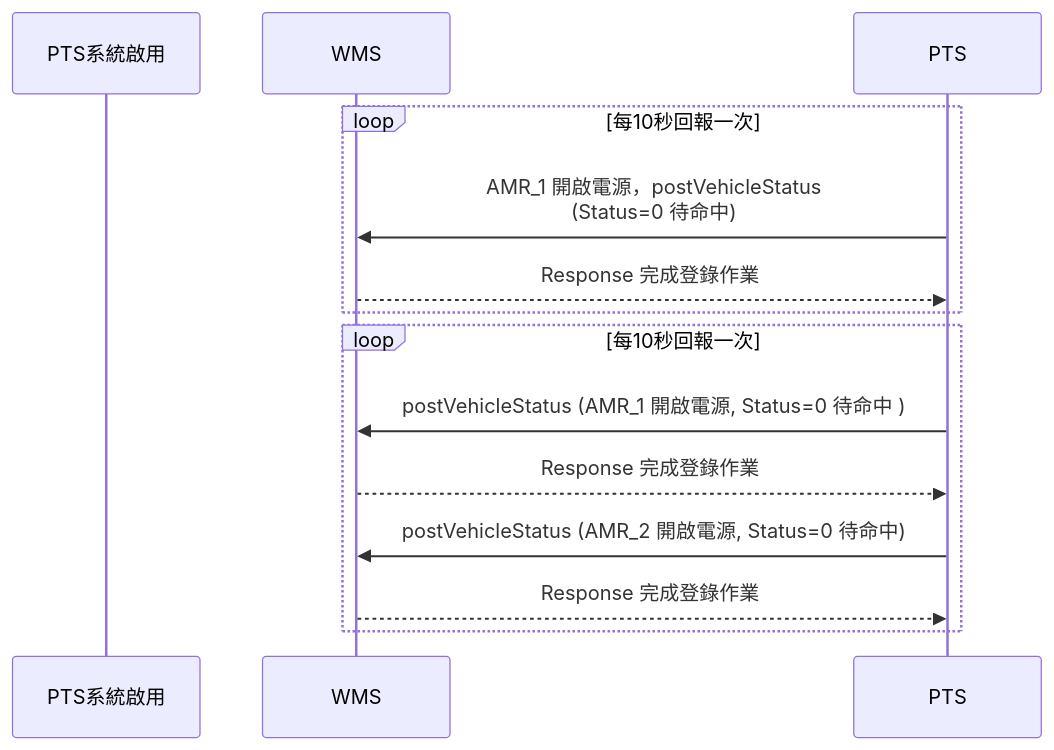
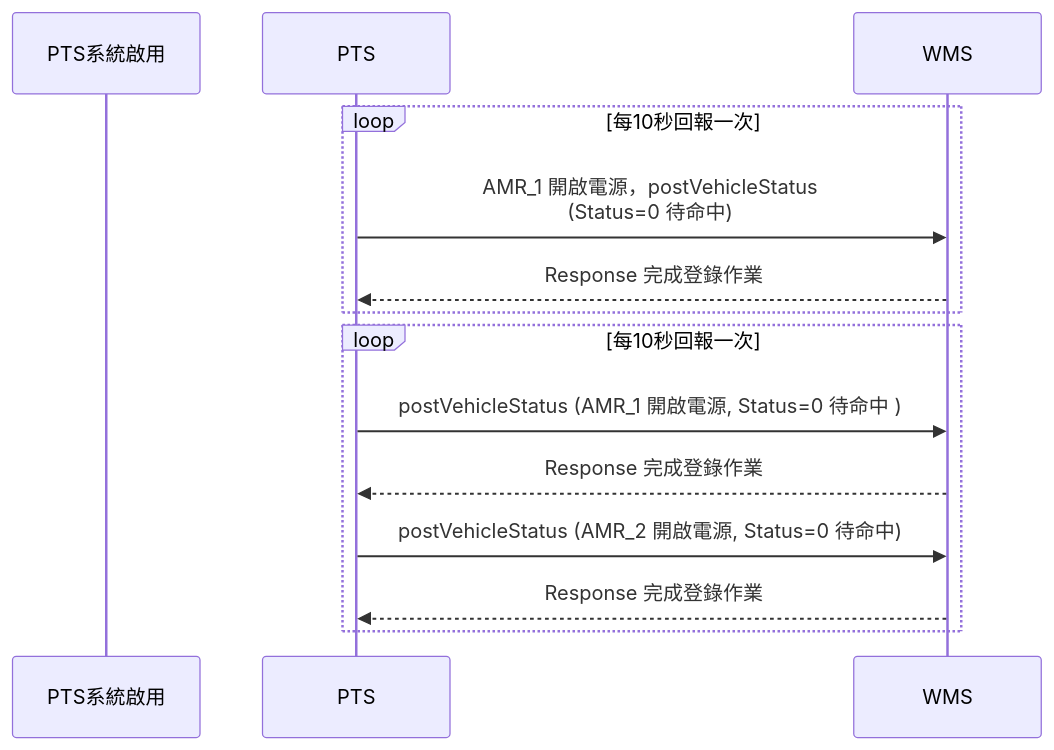
One commit to athena-tircgo/amr-wms-lsj changed the fifth of 5 diagrams in README.md. Above: the diagram before and after it, drawn with Mermaid.

````diff
--- a/README.md
+++ b/README.md
@@ -305,17 +305,18 @@
 ```mermaid
 sequenceDiagram
     participant PTS系統啟用
+    participant PTS
     participant WMS
 
     loop 每10秒回報一次
         PTS->>WMS: AMR_1 開啟電源，postVehicleStatus<BR> (Status=0 待命中)
         WMS-->>PTS: Response 完成登錄作業
     end
 
     loop 每10秒回報一次
         PTS->>WMS:postVehicleStatus (AMR_1 開啟電源, Status=0 待命中 )
         WMS-->>PTS: Response 完成登錄作業
         PTS->>WMS:postVehicleStatus (AMR_2 開啟電源, Status=0 待命中)
         WMS-->>PTS: Response 完成登錄作業
     end
 ```
````
